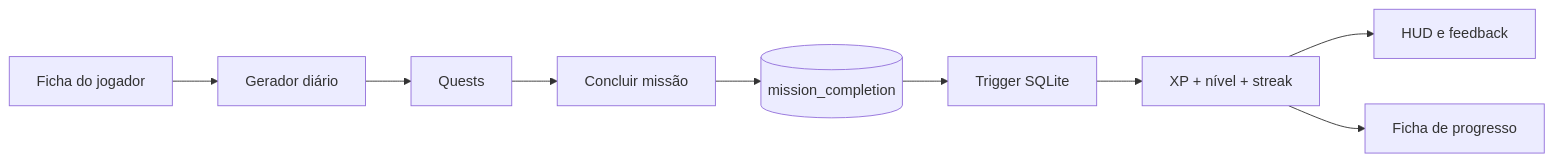
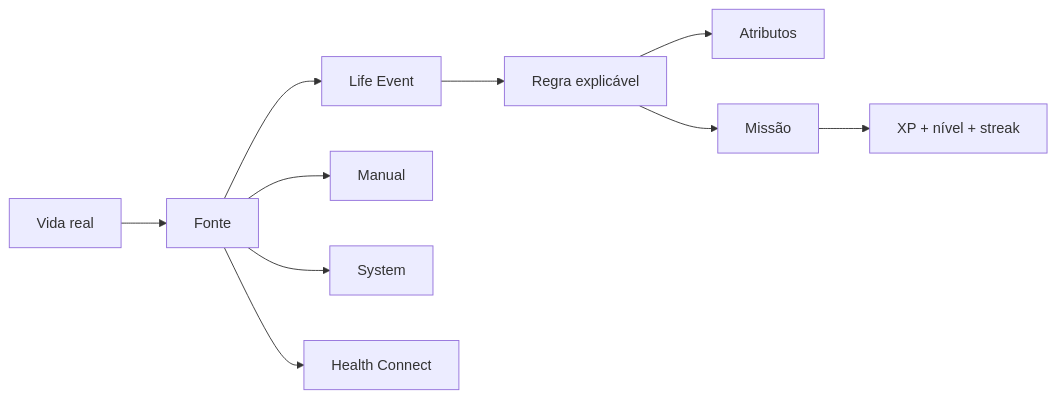
The first of 2 diagrams in README.md (tombemol/I.C.A.R.O), drawn with Mermaid before and after one commit. The commit also changed other lines of this file, not shown here.

````diff
--- a/README.md
+++ b/README.md
@@ -28,11 +25,13 @@
 ```mermaid
 flowchart LR
-  A[Ficha do jogador] --> B[Gerador diário]
-  B --> C[Quests]
-  C --> D[Concluir missão]
-  D --> E[(mission_completion)]
-  E --> F[Trigger SQLite]
-  F --> G[XP + nível + streak]
-  G --> H[HUD e feedback]
-  G --> I[Ficha de progresso]
+  REAL[Vida real] --> SOURCE[Fonte]
+  SOURCE --> EVENT[Life Event]
+  EVENT --> RULE[Regra explicável]
+  RULE --> ATTR[Atributos]
+  RULE --> QUEST[Missão]
+  QUEST --> XP[XP + nível + streak]
+
+  SOURCE --> MANUAL[Manual]
+  SOURCE --> SYSTEM[System]
+  SOURCE --> HC[Health Connect]
 ```
````
